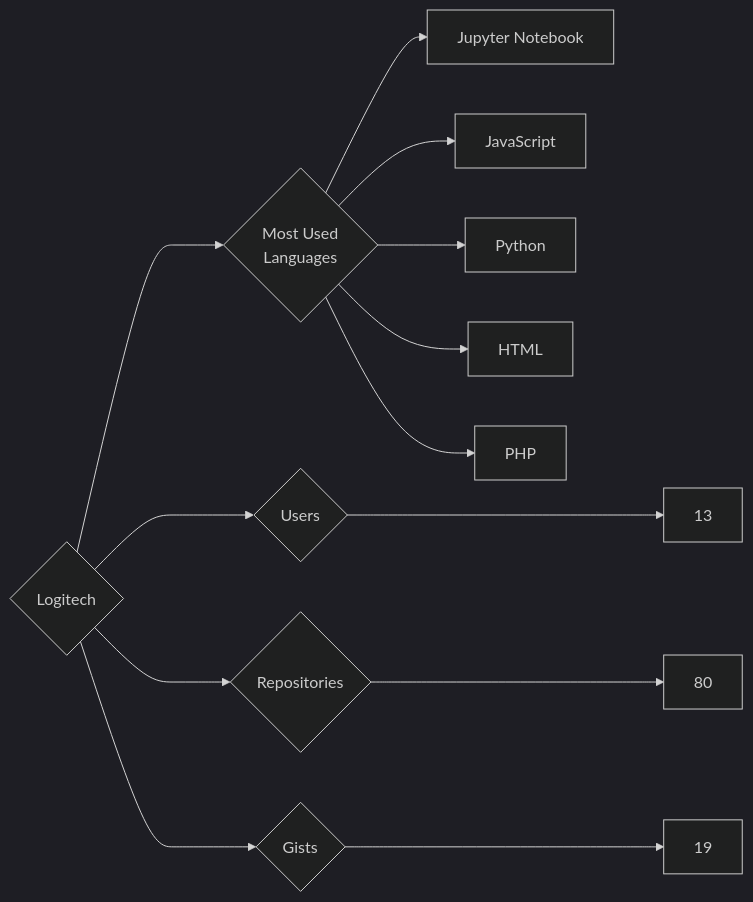
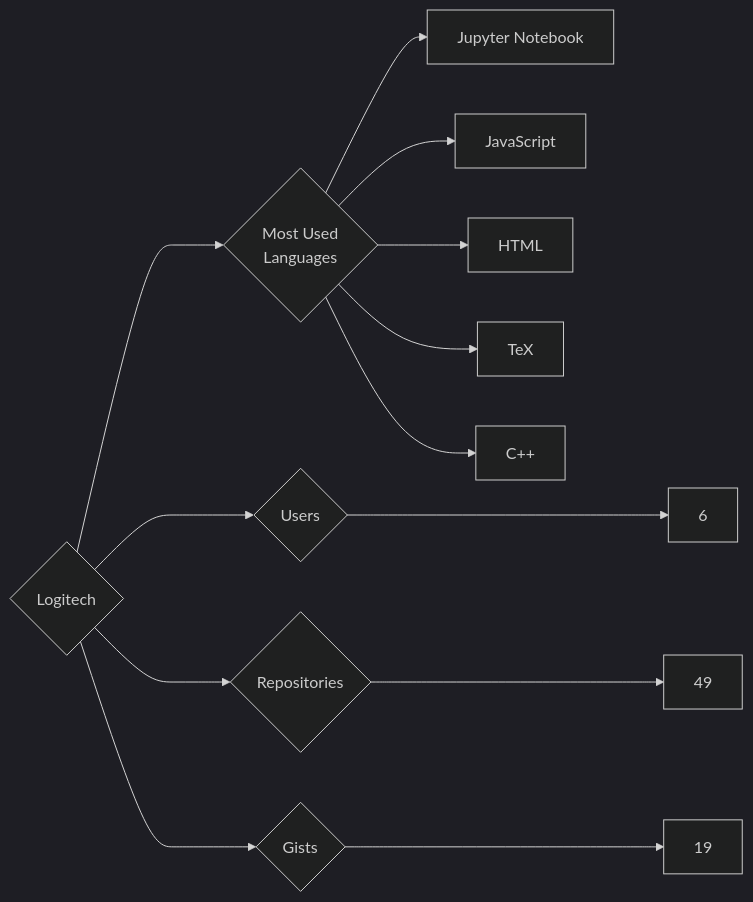
Before and after one commit to trickest/insiders: the diagram in targets/Logitech/README.md, drawn with Mermaid (dark theme). The commit also changed 935 other files, not shown here.

````diff
--- a/targets/Logitech/README.md
+++ b/targets/Logitech/README.md
@@ -3,13 +3,13 @@
 ```mermaid
 graph LR
 COMPANY_NAME{Logitech}
-COMPANY_NAME ---> U{Users} ---> UN[13]
-COMPANY_NAME ---> R{Repositories} ---> RN[80]
+COMPANY_NAME ---> U{Users} ---> UN[6]
+COMPANY_NAME ---> R{Repositories} ---> RN[49]
 COMPANY_NAME ---> G{Gists} ---> GN[19]
 COMPANY_NAME ---> ML{Most Used<br>Languages}
 ML --> Jupyter_Notebook[Jupyter Notebook]
 ML --> JavaScript[JavaScript]
-ML --> Python[Python]
 ML --> HTML[HTML]
-ML --> PHP[PHP]
+ML --> TeX[TeX]
+ML --> C++[C++]
 ```
````
